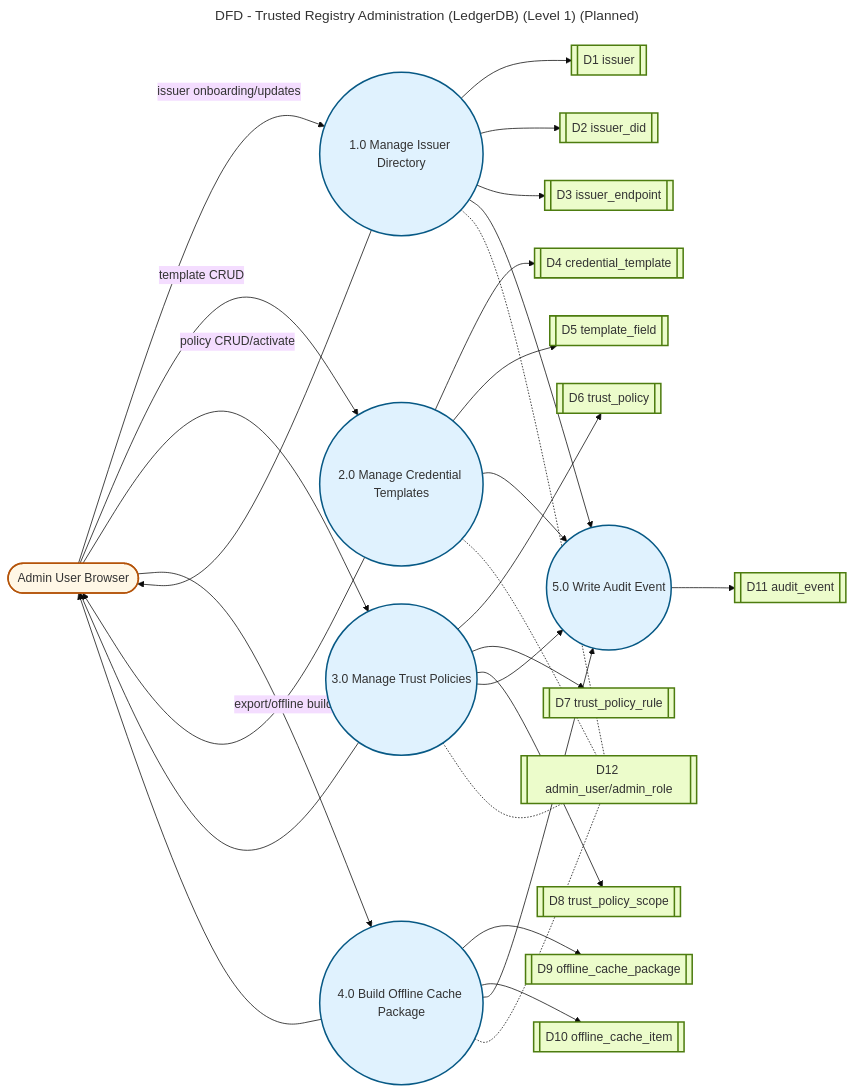
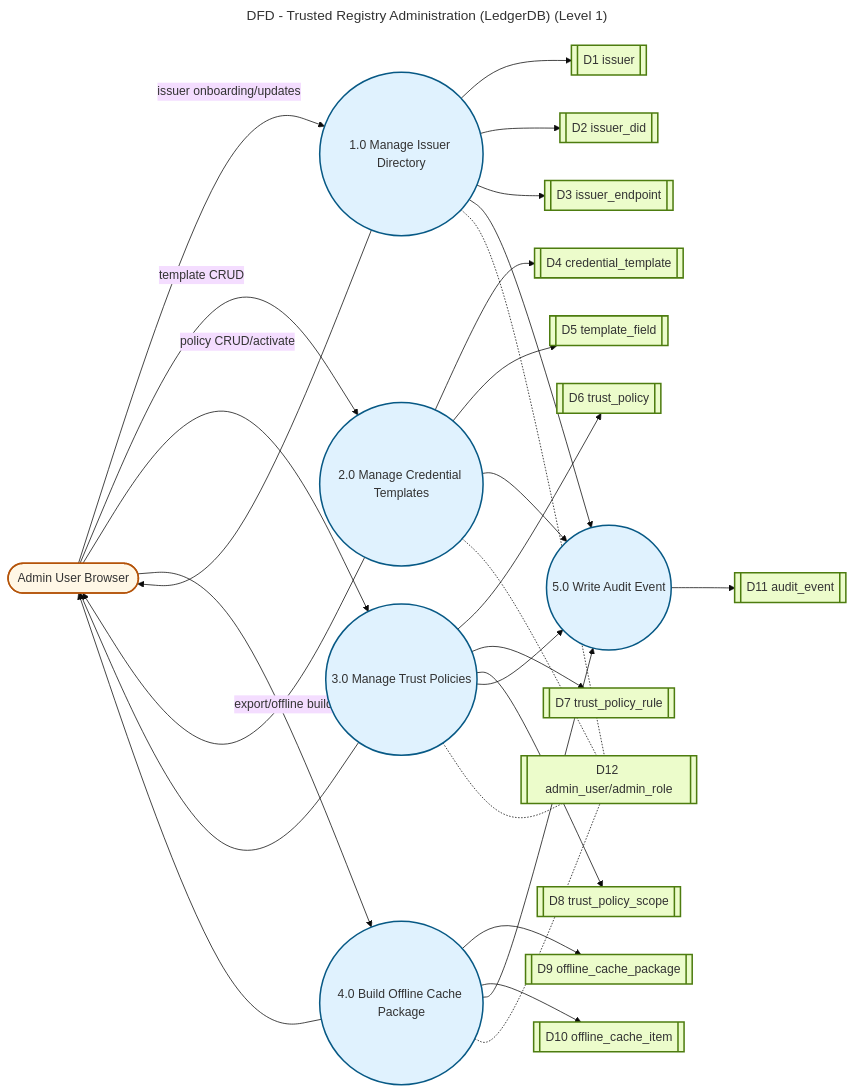
The diagram in diagrams/dfd-server-trust-registry-admin.mmd (CHATEAUFORGE-LLC/QuantumZero), drawn with Mermaid before and after one commit. The commit also changed 53 other files, not shown here.

Commit message:
diagram refinement in preperation for sequence diagram review and enhancment

```diff
--- a/diagrams/dfd-server-trust-registry-admin.mmd
+++ b/diagrams/dfd-server-trust-registry-admin.mmd
@@ -1,73 +1,73 @@
 ---
-title: DFD - Trusted Registry Administration (LedgerDB) (Level 1) (Planned)
+title: DFD - Trusted Registry Administration (LedgerDB) (Level 1)
 config:
   theme: base
 ---
 %% QuantumZero UML palette note: actors/external=#fff7e6/#b45309, system/component=#e0f2fe/#075985, datastore=#ecfccb/#4d7c0f, notes=#fff9c4/#d97706. Aligns diagrams to Deliverable 1 UML/DFD theme.
-%% Source of truth for data stores: QuantumZero-server/ledgerDB/init.sql (service layer not implemented in Rust workspace)
+%% Source of truth for data stores: QuantumZero-server/ledgerDB/init.sql
 flowchart LR
     %% QuantumZero UML/DFD palette (standardized)
     classDef actor fill:#fff7e6,stroke:#b45309,stroke-width:2px
     classDef process fill:#e0f2fe,stroke:#075985,stroke-width:2px
     classDef datastore fill:#ecfccb,stroke:#4d7c0f,stroke-width:2px
     classDef external fill:#eef2ff,stroke:#4338ca,stroke-width:2px
 
     %% External Entities
     Admin([Admin User Browser]):::actor
 
     %% Processes (Yourdon circles)
     P1(("1.0 Manage Issuer Directory")):::process
     P2(("2.0 Manage Credential Templates")):::process
     P3(("3.0 Manage Trust Policies")):::process
     P4(("4.0 Build Offline Cache Package")):::process
     P5(("5.0 Write Audit Event")):::process
 
     %% Data Stores (LedgerDB / Trusted Registry DB)
     D1[["D1 issuer"]]:::datastore
     D2[["D2 issuer_did"]]:::datastore
     D3[["D3 issuer_endpoint"]]:::datastore
     D4[["D4 credential_template"]]:::datastore
     D5[["D5 template_field"]]:::datastore
     D6[["D6 trust_policy"]]:::datastore
     D7[["D7 trust_policy_rule"]]:::datastore
     D8[["D8 trust_policy_scope"]]:::datastore
     D9[["D9 offline_cache_package"]]:::datastore
     D10[["D10 offline_cache_item"]]:::datastore
     D11[["D11 audit_event"]]:::datastore
     D12[["D12 admin_user/admin_role"]]:::datastore
 
     %% Flows
     Admin -- issuer onboarding/updates --> P1
     P1 --> D1
     P1 --> D2
     P1 --> D3
     P1 --> P5
     P1 --> Admin
 
     Admin -- template CRUD --> P2
     P2 --> D4
     P2 --> D5
     P2 --> P5
     P2 --> Admin
 
     Admin -- policy CRUD/activate --> P3
     P3 --> D6
     P3 --> D7
     P3 --> D8
     P3 --> P5
     P3 --> Admin
 
     Admin -- export/offline build --> P4
     P4 --> D9
     P4 --> D10
     P4 --> P5
     P4 --> Admin
 
     %% AuthN/AuthZ is data-backed (roles/users)
     P1 -.- D12
     P2 -.- D12
     P3 -.- D12
     P4 -.- D12
 
     %% Audit sink
     P5 --> D11
```
